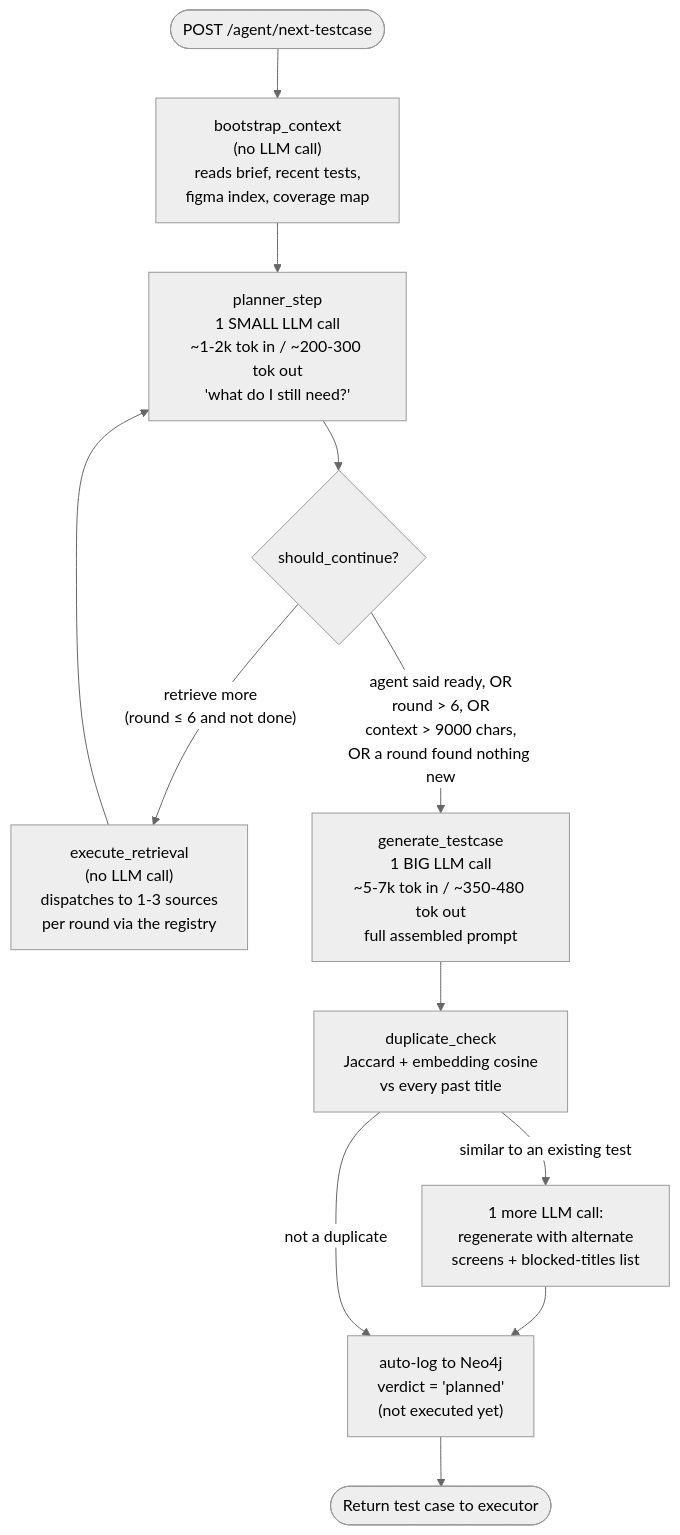
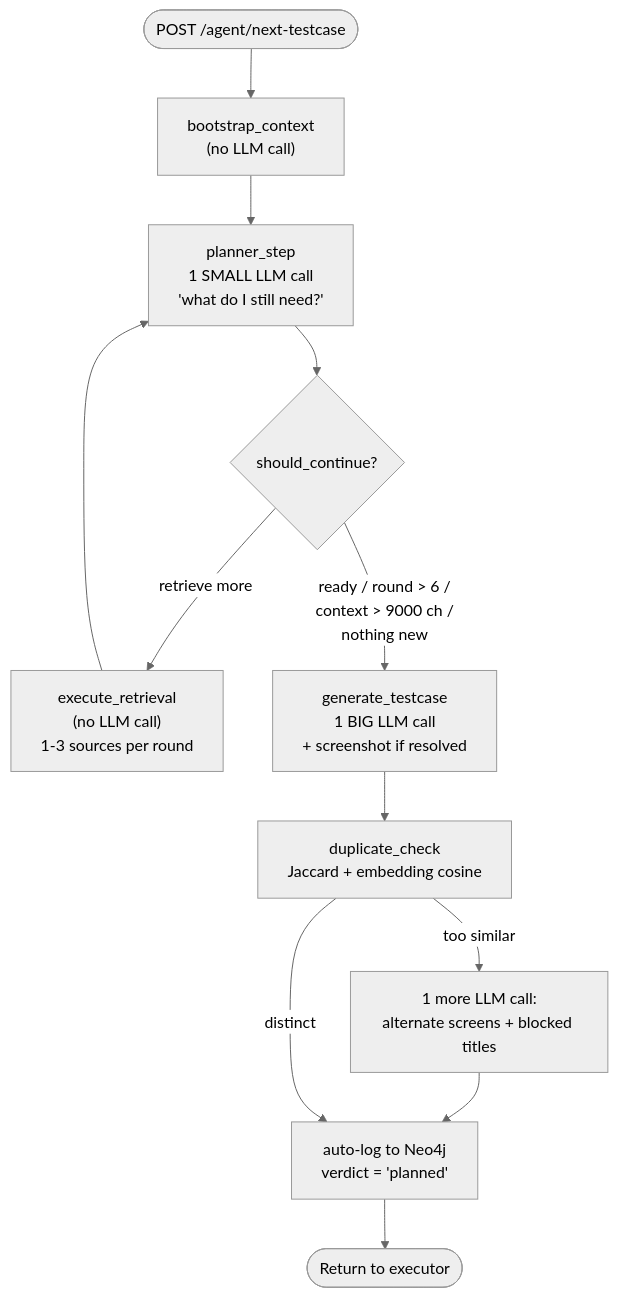
One commit to raihanrsdV1/Exploratory-Testing-Planner-Agent changed the second of 2 diagrams in docs/System_Architecture.md. Above: the diagram before and after it, drawn with Mermaid (neutral theme). The commit also changed other lines of this file and 19 other files, not shown here.

````diff
--- a/docs/System_Architecture.md
+++ b/docs/System_Architecture.md
@@ -27,14 +72,14 @@
 ```mermaid
 flowchart TD
-    START([POST /agent/next-testcase]) --> BC["bootstrap_context\n(no LLM call)\nreads brief, recent tests,\nfigma index, coverage map"]
-    BC --> PS["planner_step\n1 SMALL LLM call\n~1-2k tok in / ~200-300 tok out\n'what do I still need?'"]
+    START([POST /agent/next-testcase]) --> BC["bootstrap_context<br/>(no LLM call)"]
+    BC --> PS["planner_step<br/>1 SMALL LLM call<br/>'what do I still need?'"]
     PS --> ROUTE{should_continue?}
-    ROUTE -->|"retrieve more\n(round ≤ 6 and not done)"| ER["execute_retrieval\n(no LLM call)\ndispatches to 1-3 sources\nper round via the registry"]
+    ROUTE -->|"retrieve more"| ER["execute_retrieval<br/>(no LLM call)<br/>1-3 sources per round"]
     ER --> PS
-    ROUTE -->|"agent said ready, OR\nround > 6, OR\ncontext > 9000 chars,\nOR a round found nothing new"| GT["generate_testcase\n1 BIG LLM call\n~5-7k tok in / ~350-480 tok out\nfull assembled prompt"]
-    GT --> DC["duplicate_check\nJaccard + embedding cosine\nvs every past title"]
-    DC -->|"similar to an existing test"| RETRY["1 more LLM call:\nregenerate with alternate\nscreens + blocked-titles list"]
+    ROUTE -->|"ready / round > 6 /<br/>context > 9000 ch /<br/>nothing new"| GT["generate_testcase<br/>1 BIG LLM call<br/>+ screenshot if resolved"]
+    GT --> DC["duplicate_check<br/>Jaccard + embedding cosine"]
+    DC -->|"too similar"| RETRY["1 more LLM call:<br/>alternate screens + blocked titles"]
     RETRY --> LOG
-    DC -->|"not a duplicate"| LOG["auto-log to Neo4j\nverdict = 'planned'\n(not executed yet)"]
-    LOG --> END([Return test case to executor])
+    DC -->|"distinct"| LOG["auto-log to Neo4j<br/>verdict = 'planned'"]
+    LOG --> END([Return to executor])
 ```
````
